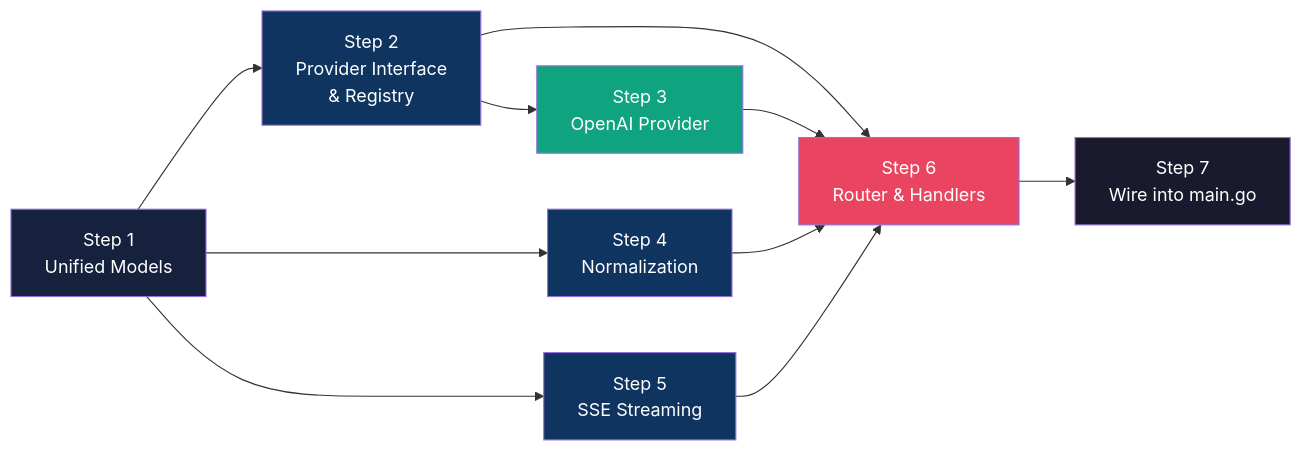
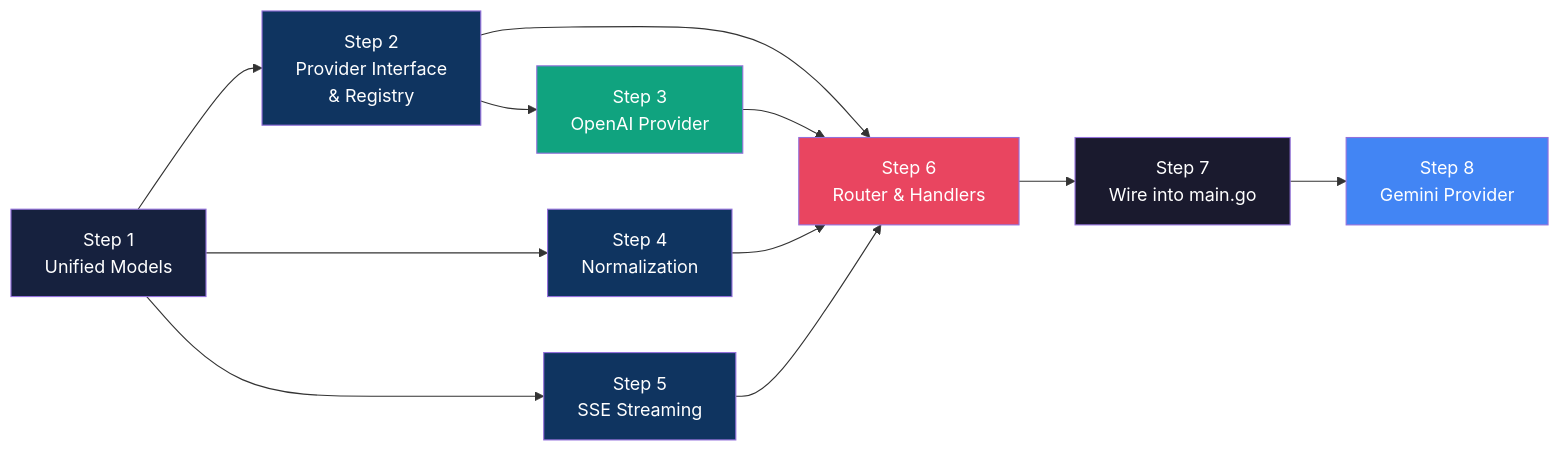
The first of 2 diagrams in .agent/core_gateway_plan.md (nglong14/llmgateway), drawn with Mermaid before and after one commit. The commit also changed other lines of this file and 12 other files, not shown here.

````diff
--- a/.agent/core_gateway_plan.md
+++ b/.agent/core_gateway_plan.md
@@ -11,20 +11,22 @@
 ```mermaid
 graph LR
     A["Step 1<br/>Unified Models"] --> B["Step 2<br/>Provider Interface<br/>& Registry"]
     B --> C["Step 3<br/>OpenAI Provider"]
     A --> D["Step 4<br/>Normalization"]
     A --> E["Step 5<br/>SSE Streaming"]
     B --> F["Step 6<br/>Router & Handlers"]
     C --> F
     D --> F
     E --> F
     F --> G["Step 7<br/>Wire into main.go"]
+    G --> H["Step 8<br/>Gemini Provider"]
 
     style A fill:#16213e,color:#fff
     style B fill:#0f3460,color:#fff
     style C fill:#10a37f,color:#fff
     style D fill:#0f3460,color:#fff
     style E fill:#0f3460,color:#fff
     style F fill:#e94560,color:#fff
     style G fill:#1a1a2e,color:#fff
+    style H fill:#4285f4,color:#fff
 ```
````
